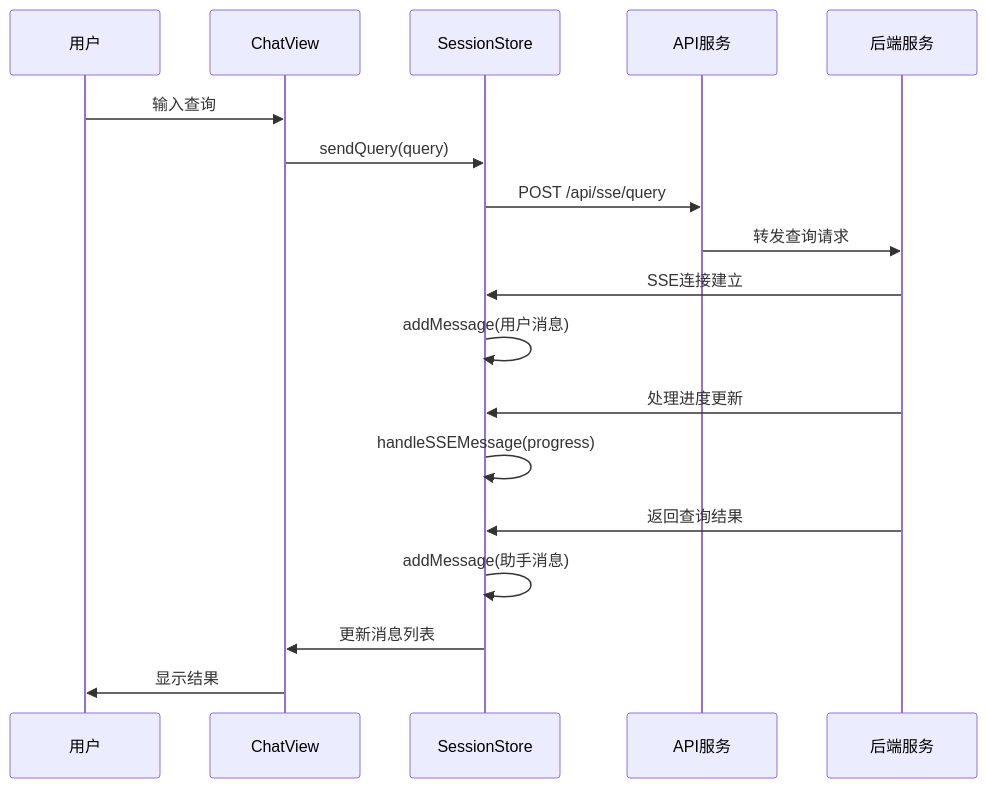
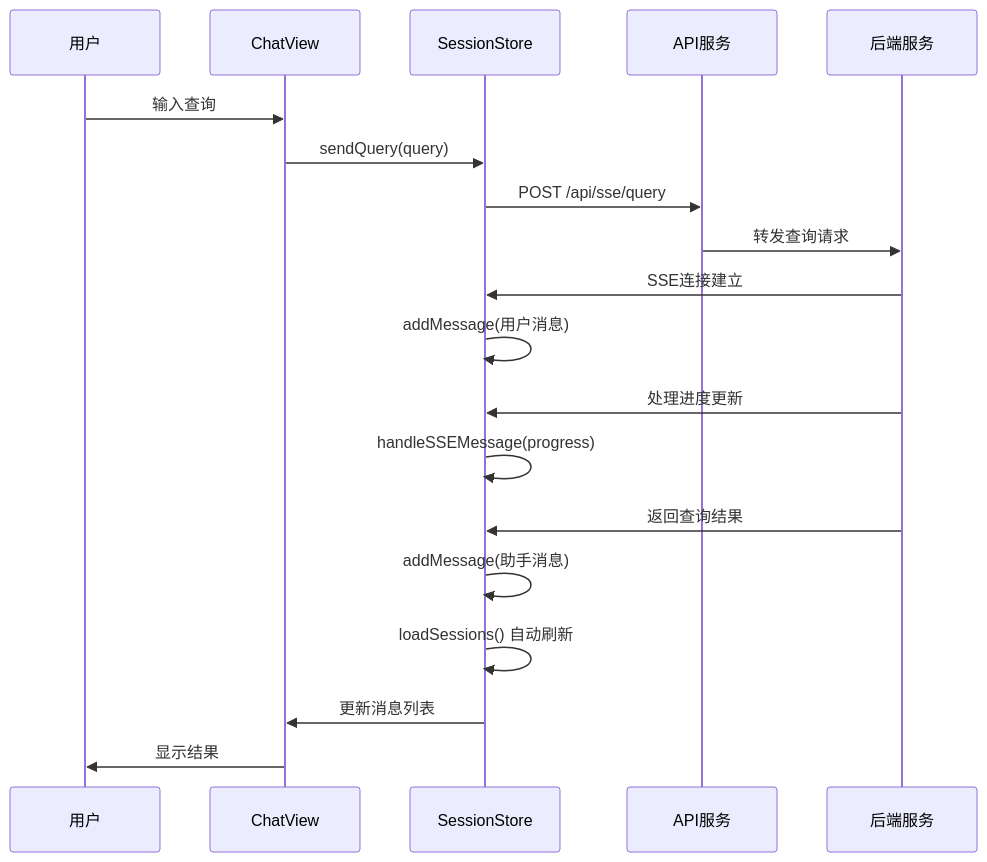
Before and after one commit to HanHuiOnLine/724-office: the fifth of 15 diagrams in .qoder/repowiki/zh/content/核心模块详解/NL2SQL自然语言到SQL系统/NL2SQL前端增强功能.md, drawn with Mermaid. The commit also changed other lines of this file and 15 other files, not shown here.

````diff
--- a/.qoder/repowiki/zh/content/核心模块详解/NL2SQL自然语言到SQL系统/NL2SQL前端增强功能.md
+++ b/.qoder/repowiki/zh/content/核心模块详解/NL2SQL自然语言到SQL系统/NL2SQL前端增强功能.md
@@ -212,20 +219,21 @@
 ```mermaid
 sequenceDiagram
 participant U as 用户
 participant CV as ChatView
 participant SS as SessionStore
 participant API as API服务
 participant BE as 后端服务
 U->>CV : 输入查询
 CV->>SS : sendQuery(query)
 SS->>API : POST /api/sse/query
 API->>BE : 转发查询请求
 BE->>SS : SSE连接建立
 SS->>SS : addMessage(用户消息)
 BE->>SS : 处理进度更新
 SS->>SS : handleSSEMessage(progress)
 BE->>SS : 返回查询结果
 SS->>SS : addMessage(助手消息)
+SS->>SS : loadSessions() 自动刷新
 SS->>CV : 更新消息列表
 CV->>U : 显示结果
 ```
````
